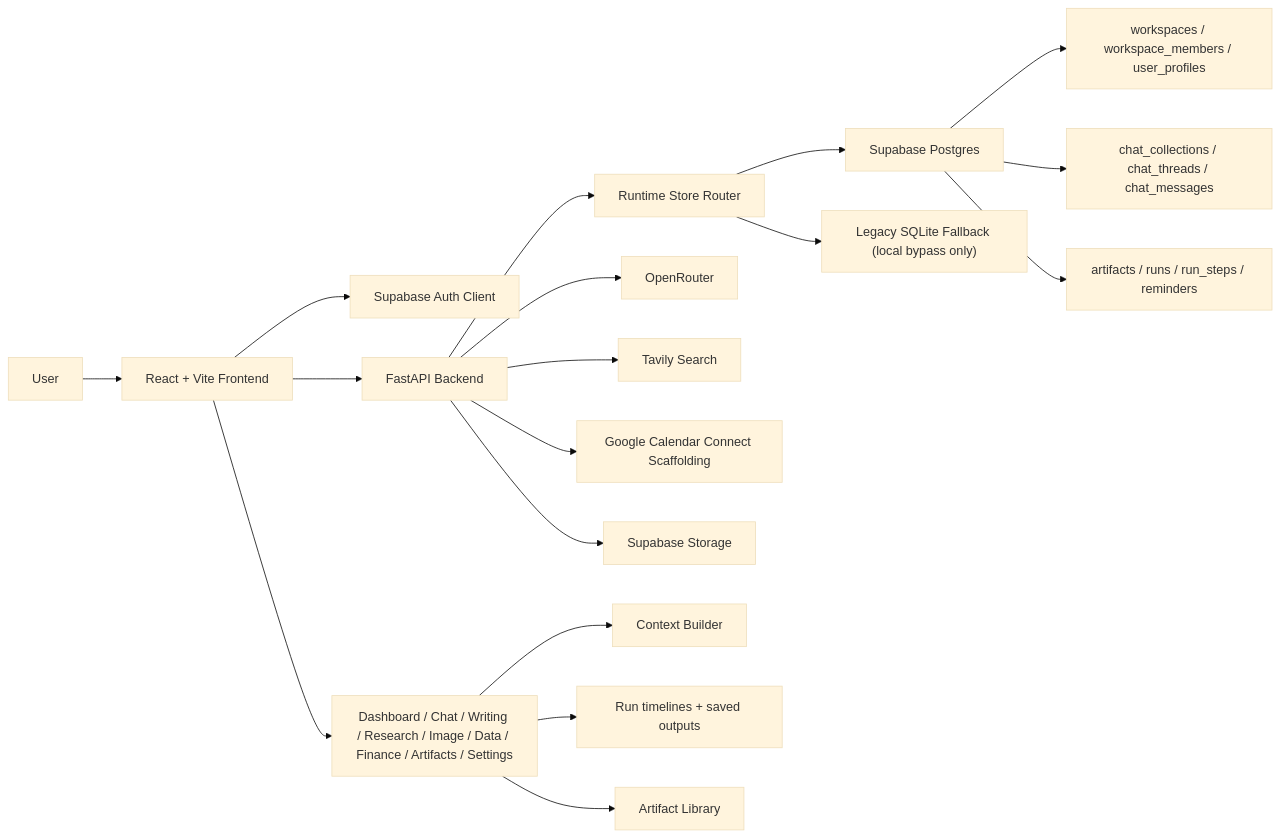
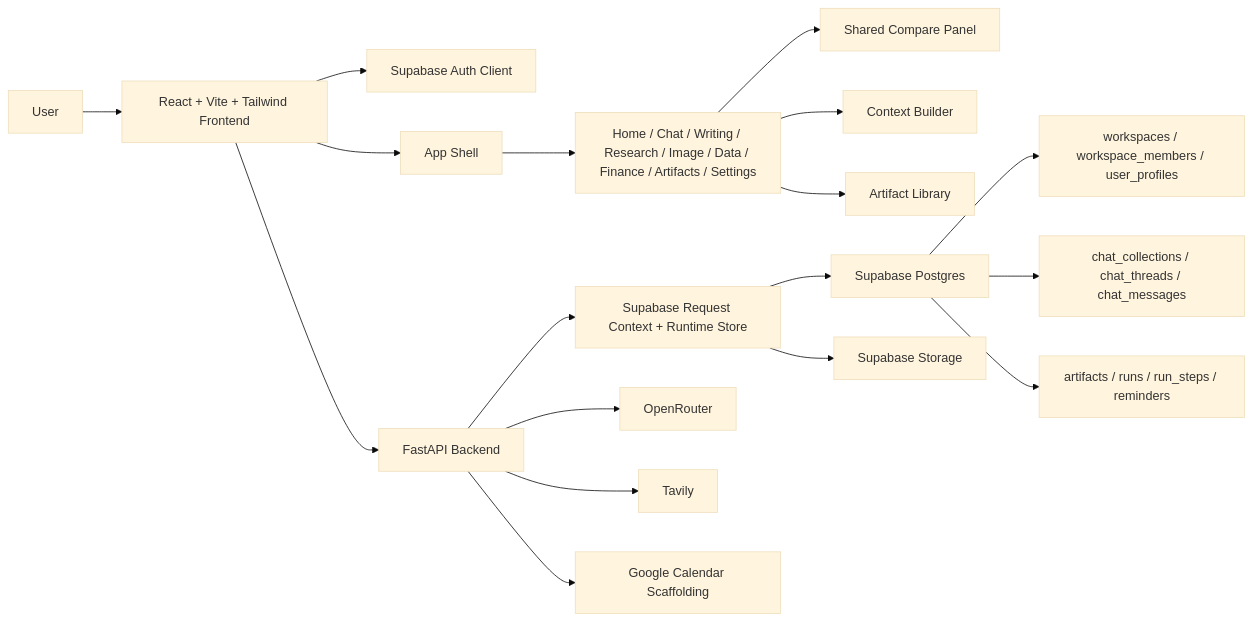
Before and after one commit to KushagraBharti/Beyond-Chat: the diagram in docs/system-architecture.md, drawn with Mermaid (base theme). The commit also changed other lines of this file and 45 other files, not shown here.

Commit message:
Reorganize app and refresh frontend/backend toolchains

````diff
--- a/docs/system-architecture.md
+++ b/docs/system-architecture.md
@@ -3,24 +3,24 @@
 ```mermaid
 flowchart LR
-    User["User"] --> FE["React + Vite Frontend"]
+    User["User"] --> FE["React + Vite + Tailwind Frontend"]
     FE --> Auth["Supabase Auth Client"]
     FE --> API["FastAPI Backend"]
 
-    API --> Runtime["Runtime Store Router"]
+    FE --> Shell["App Shell"]
+    Shell --> Studios["Home / Chat / Writing / Research / Image / Data / Finance / Artifacts / Settings"]
+    Studios --> Compare["Shared Compare Panel"]
+    Studios --> Context["Context Builder"]
+    Studios --> Library["Artifact Library"]
+
+    API --> Runtime["Supabase Request Context + Runtime Store"]
     Runtime --> PG["Supabase Postgres"]
-    Runtime --> Local["Legacy SQLite Fallback (local bypass only)"]
+    Runtime --> Storage["Supabase Storage"]
 
     API --> OR["OpenRouter"]
-    API --> Tavily["Tavily Search"]
-    API --> Google["Google Calendar Connect Scaffolding"]
-    API --> Storage["Supabase Storage"]
+    API --> Tavily["Tavily"]
+    API --> Google["Google Calendar Scaffolding"]
 
     PG --> Workspace["workspaces / workspace_members / user_profiles"]
     PG --> Chat["chat_collections / chat_threads / chat_messages"]
     PG --> Work["artifacts / runs / run_steps / reminders"]
-
-    FE --> Studios["Dashboard / Chat / Writing / Research / Image / Data / Finance / Artifacts / Settings"]
-    Studios --> Context["Context Builder"]
-    Studios --> Runs["Run timelines + saved outputs"]
-    Studios --> Library["Artifact Library"]
 ```
````
